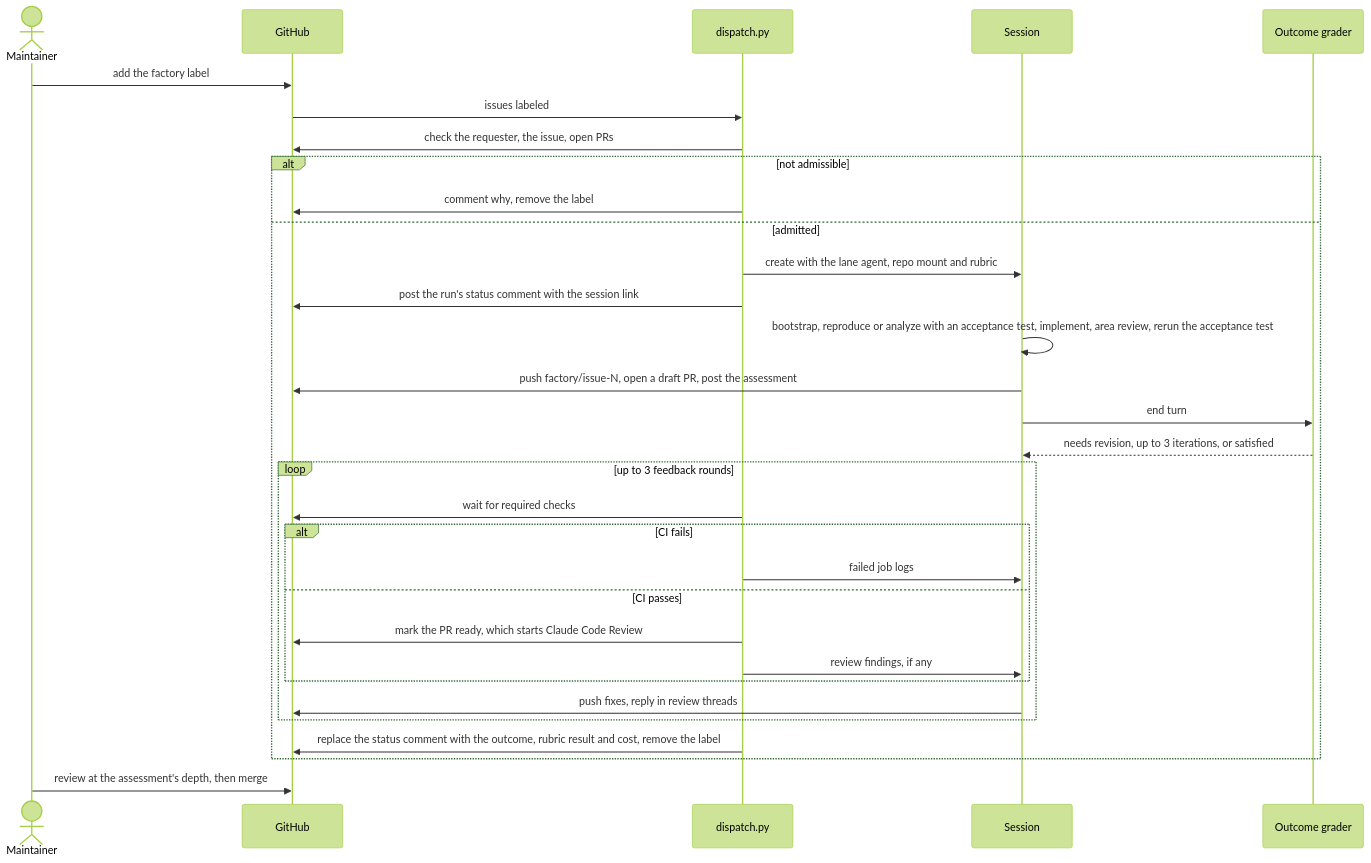
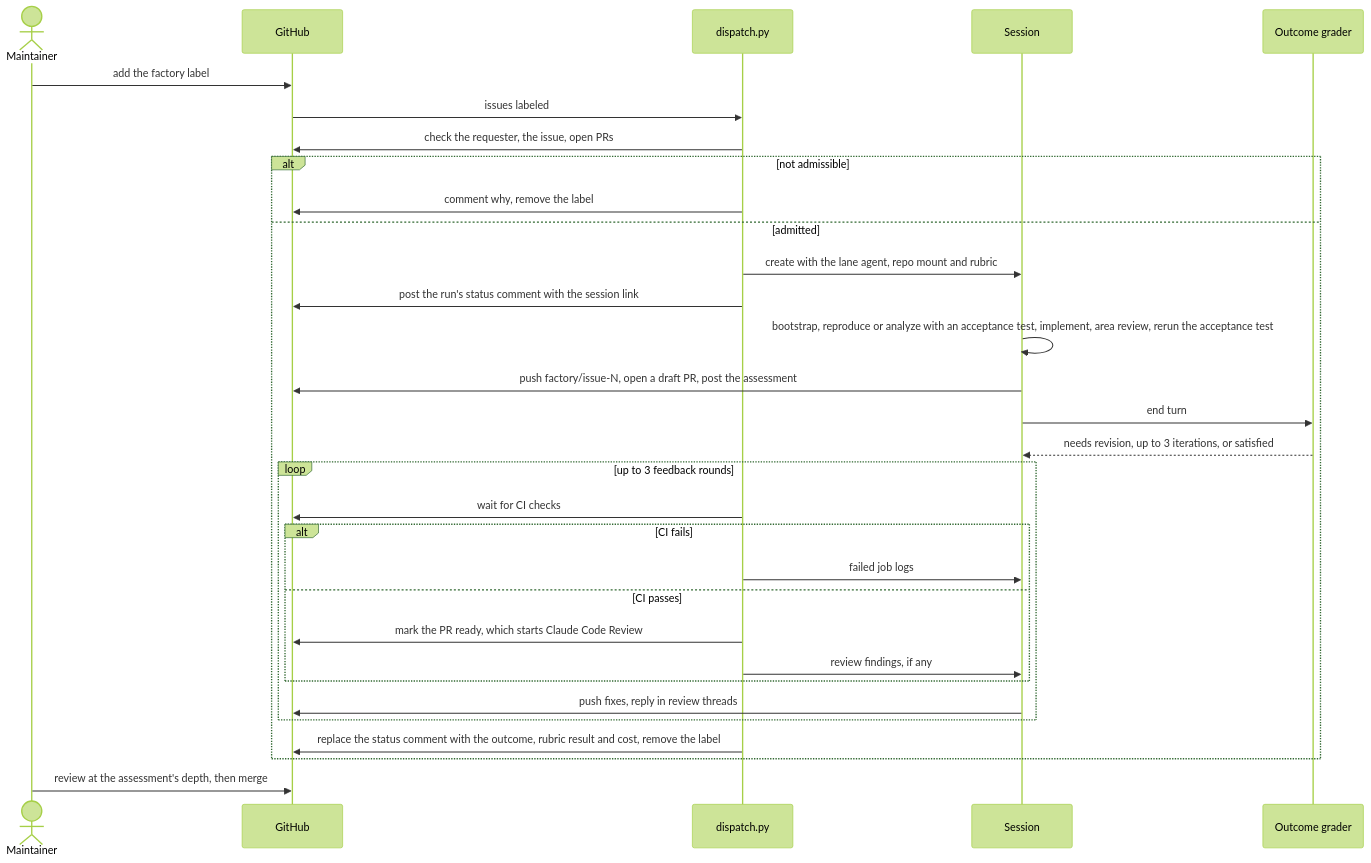
Before and after one commit to Arize-ai/phoenix: the second of 5 diagrams in factory/README.md, drawn with Mermaid (forest theme). The commit also changed other lines of this file and 6 other files, not shown here.

````diff
--- a/factory/README.md
+++ b/factory/README.md
@@ -60,34 +60,34 @@
 ```mermaid
 sequenceDiagram
   actor maintainer as Maintainer
   participant github as GitHub
   participant dispatch as dispatch.py
   participant session as Session
   participant grader as Outcome grader
 
   maintainer->>github: add the factory label
   github->>dispatch: issues labeled
   dispatch->>github: check the requester, the issue, open PRs
   alt not admissible
     dispatch->>github: comment why, remove the label
   else admitted
     dispatch->>session: create with the lane agent, repo mount and rubric
     dispatch->>github: post the run's status comment with the session link
     session->>session: bootstrap, reproduce or analyze with an acceptance test, implement, area review, rerun the acceptance test
     session->>github: push factory/issue-N, open a draft PR, post the assessment
     session->>grader: end turn
     grader-->>session: needs revision, up to 3 iterations, or satisfied
     loop up to 3 feedback rounds
-      dispatch->>github: wait for required checks
+      dispatch->>github: wait for CI checks
       alt CI fails
         dispatch->>session: failed job logs
       else CI passes
         dispatch->>github: mark the PR ready, which starts Claude Code Review
         dispatch->>session: review findings, if any
       end
       session->>github: push fixes, reply in review threads
     end
     dispatch->>github: replace the status comment with the outcome, rubric result and cost, remove the label
   end
   maintainer->>github: review at the assessment's depth, then merge
 ```
````
